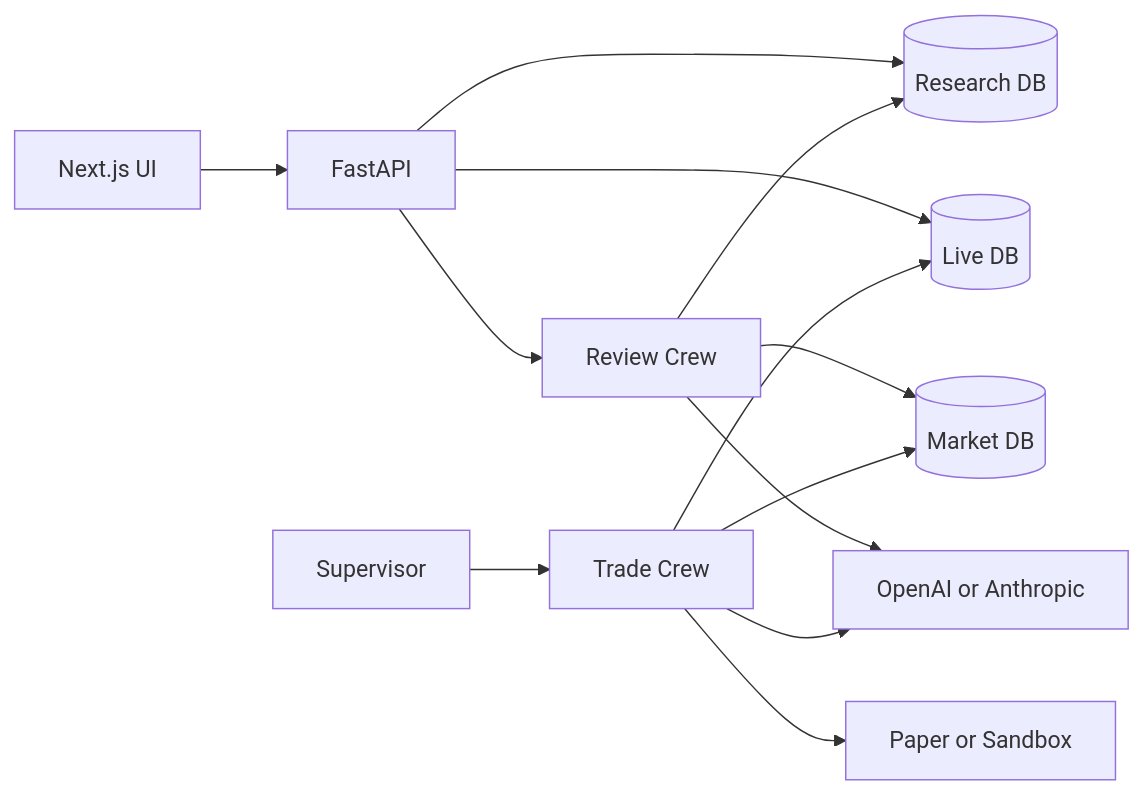
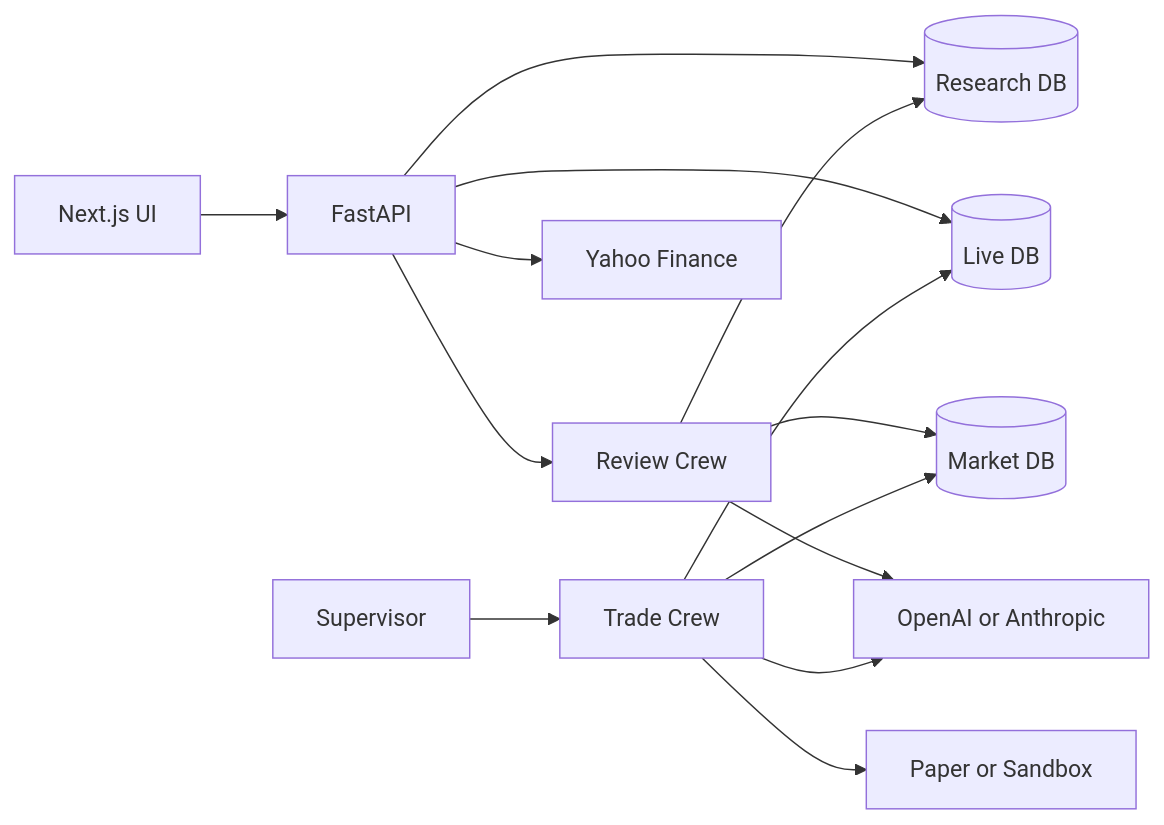
One commit to skoust1-a11y/genesis changed the first of 2 diagrams in DocumentsAndDiagrams/CURRENT_SYSTEM_ARCHITECTURE_ANALYSIS.md. Above: the diagram before and after it, drawn with Mermaid. The commit also changed other lines of this file and 23 other files, not shown here.

````diff
--- a/DocumentsAndDiagrams/CURRENT_SYSTEM_ARCHITECTURE_ANALYSIS.md
+++ b/DocumentsAndDiagrams/CURRENT_SYSTEM_ARCHITECTURE_ANALYSIS.md
@@ -363,26 +392,28 @@
 ```mermaid
 flowchart LR
   UI[Next.js UI]
   API[FastAPI]
   RC[Review Crew]
   TC[Trade Crew]
   SUP[Supervisor]
   RES[(Research DB)]
   LIVE[(Live DB)]
   MKT[(Market DB)]
   BR[Paper or Sandbox]
   LLM[OpenAI or Anthropic]
+  YF[Yahoo Finance]
 
   UI --> API
   API --> RES
   API --> LIVE
+  API --> YF
   API --> RC
   RC --> RES
   RC --> MKT
   RC --> LLM
   SUP --> TC
   TC --> LIVE
   TC --> MKT
   TC --> BR
   TC --> LLM
 ```
````
